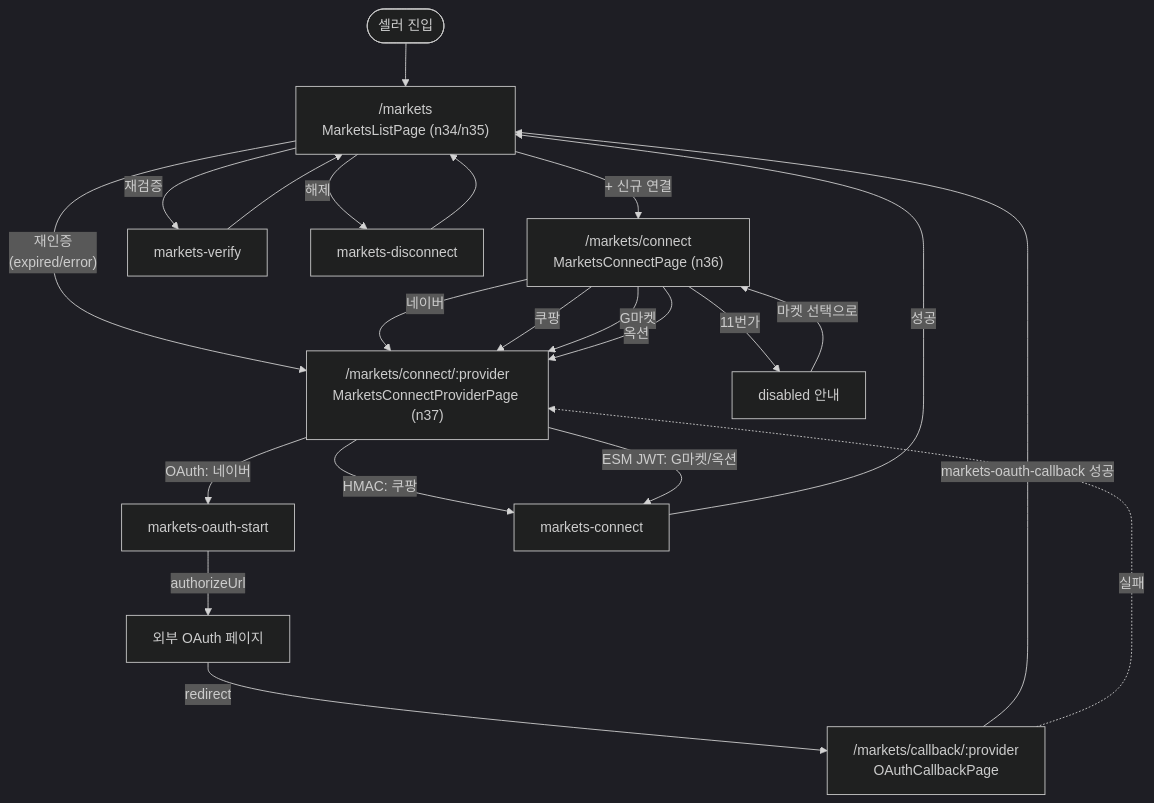
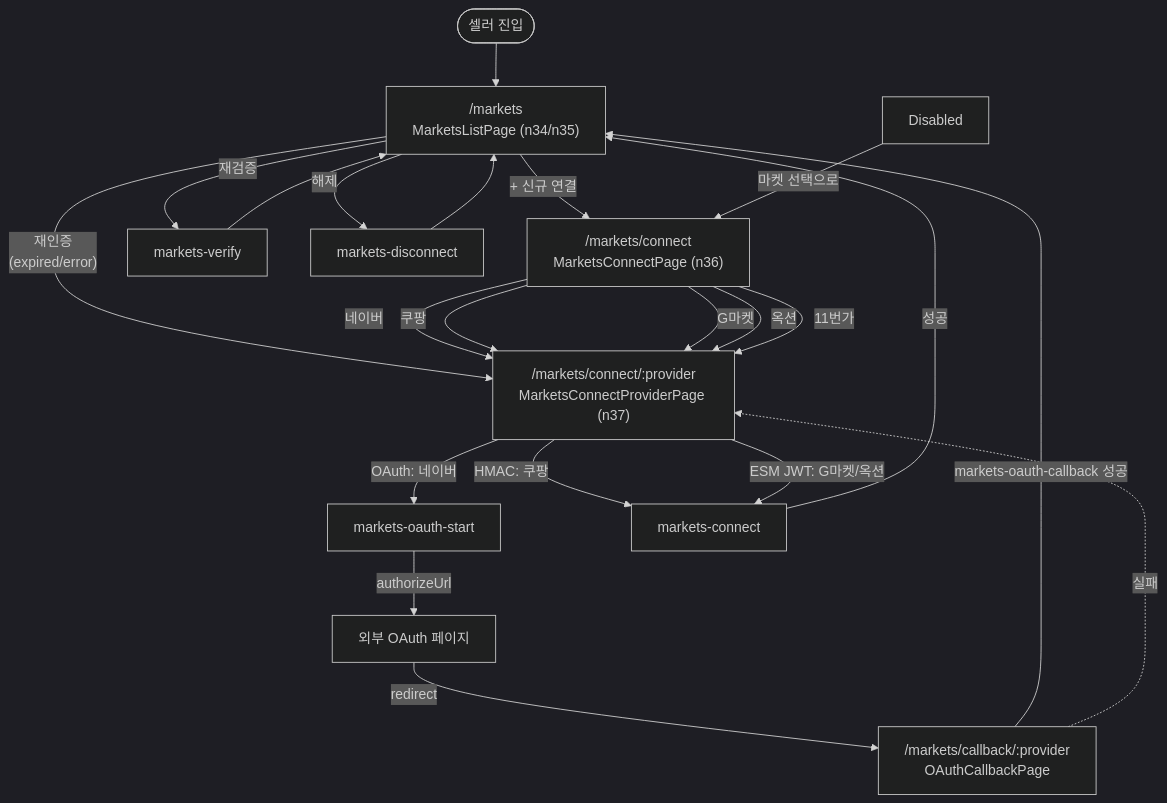
Before and after one commit to rumeadia-dotcom/ing0415: the fourth of 4 diagrams in docs/design-renewal/s5-markets.md, drawn with Mermaid (dark theme). The commit also changed other lines of this file and 54 other files, not shown here.

````diff
--- a/docs/design-renewal/s5-markets.md
+++ b/docs/design-renewal/s5-markets.md
@@ -456,30 +456,30 @@
 ```mermaid
 flowchart TD
   Start([셀러 진입]) --> List["/markets<br/>MarketsListPage (n34/n35)"]
 
   List -->|"+ 신규 연결"| Select["/markets/connect<br/>MarketsConnectPage (n36)"]
   List -->|"재검증"| Verify[markets-verify]
   List -->|"해제"| Disconnect[markets-disconnect]
   List -->|"재인증<br/>(expired/error)"| Provider
 
   Select -->|네이버| Provider["/markets/connect/:provider<br/>MarketsConnectProviderPage (n37)"]
   Select -->|쿠팡| Provider
   Select -->|G마켓| Provider
   Select -->|옥션| Provider
-  Select -->|11번가| Disabled[disabled 안내]
+  Select -->|11번가| Provider
 
   Provider -->|OAuth: 네이버| OAuthStart[markets-oauth-start]
   OAuthStart -->|authorizeUrl| External[외부 OAuth 페이지]
   External -->|redirect| Callback["/markets/callback/:provider<br/>OAuthCallbackPage"]
   Callback -->|markets-oauth-callback 성공| List
 
   Provider -->|HMAC: 쿠팡| Connect[markets-connect]
   Provider -->|ESM JWT: G마켓/옥션| Connect
   Connect -->|성공| List
 
   Verify --> List
   Disconnect --> List
 
   Disabled -->|마켓 선택으로| Select
   Callback -.실패.-> Provider
 ```
````
